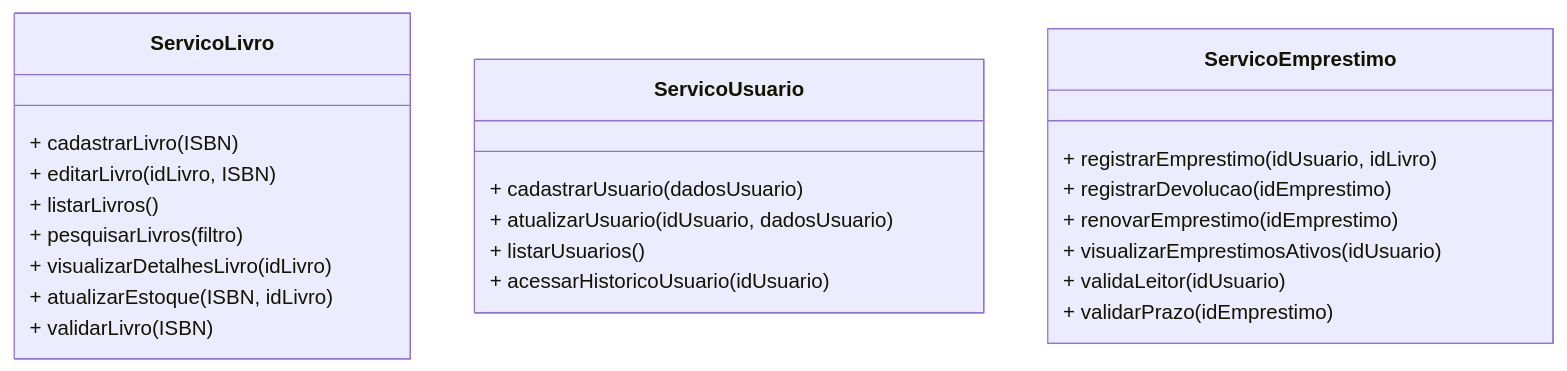
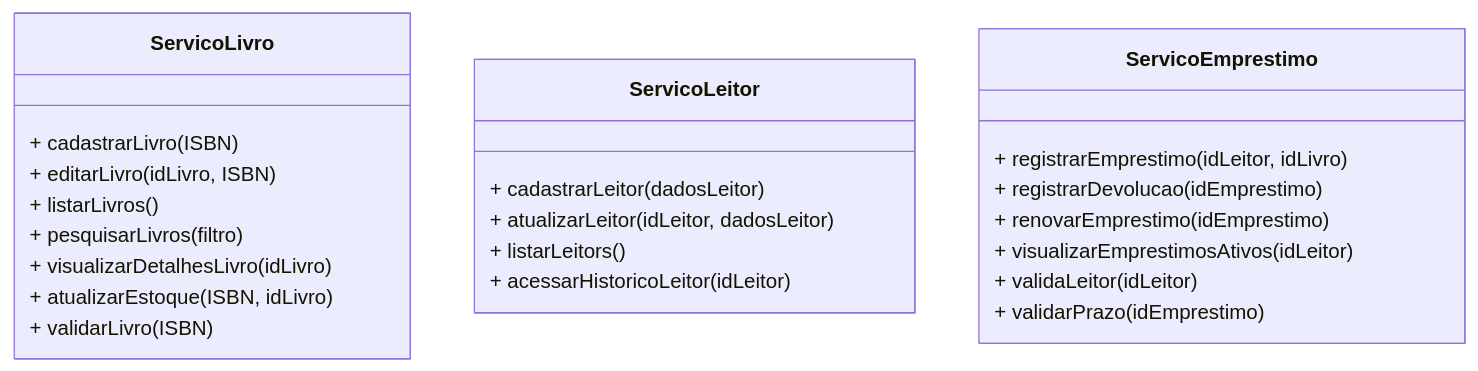
The second of 2 diagrams in lab3/diagrama_componentes_software.md (Marcela1204/CC7532_Bibliomania), drawn with Mermaid before and after one commit. The commit also changed other lines of this file and 1 other file, not shown here.

Commit message:
condições de componente

````diff
--- a/lab3/diagrama_componentes_software.md
+++ b/lab3/diagrama_componentes_software.md
@@ -91,29 +91,29 @@
 ```mermaid
 classDiagram
     class ServicoLivro {
         + cadastrarLivro(ISBN)
         + editarLivro(idLivro, ISBN)
         + listarLivros()
         + pesquisarLivros(filtro)
         + visualizarDetalhesLivro(idLivro)
         + atualizarEstoque(ISBN, idLivro)
         + validarLivro(ISBN)
     }
 
-    class ServicoUsuario {
-        + cadastrarUsuario(dadosUsuario)
-        + atualizarUsuario(idUsuario, dadosUsuario)
-        + listarUsuarios()
-        + acessarHistoricoUsuario(idUsuario)
+    class ServicoLeitor {
+        + cadastrarLeitor(dadosLeitor)
+        + atualizarLeitor(idLeitor, dadosLeitor)
+        + listarLeitors()
+        + acessarHistoricoLeitor(idLeitor)
     }
 
     class ServicoEmprestimo {
-        + registrarEmprestimo(idUsuario, idLivro)
+        + registrarEmprestimo(idLeitor, idLivro)
         + registrarDevolucao(idEmprestimo)
         + renovarEmprestimo(idEmprestimo)
-        + visualizarEmprestimosAtivos(idUsuario)
-        + validaLeitor(idUsuario)
+        + visualizarEmprestimosAtivos(idLeitor)
+        + validaLeitor(idLeitor)
         + validarPrazo(idEmprestimo)
     }
 
 ```
````
